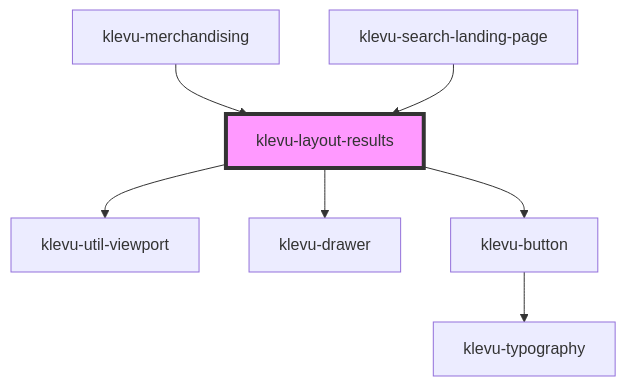
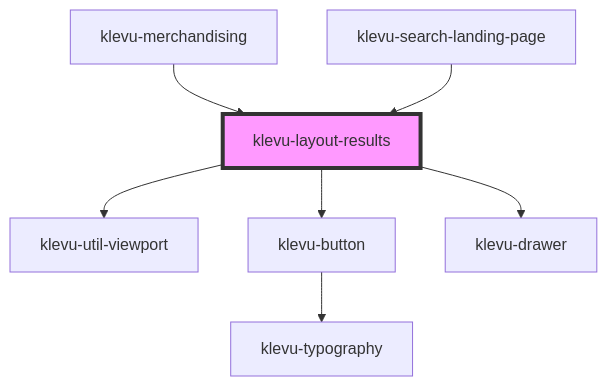
Before and after one commit to klevultd/frontend-sdk: the diagram in packages/klevu-ui/src/components/klevu-layout-results/readme.md, drawn with Mermaid. The commit also changed other lines of this file and 35 other files, not shown here.

````diff
--- a/packages/klevu-ui/src/components/klevu-layout-results/readme.md
+++ b/packages/klevu-ui/src/components/klevu-layout-results/readme.md
@@ -49,10 +56,10 @@
 ```mermaid
 graph TD;
   klevu-layout-results --> klevu-util-viewport
+  klevu-layout-results --> klevu-button
   klevu-layout-results --> klevu-drawer
-  klevu-layout-results --> klevu-button
   klevu-button --> klevu-typography
   klevu-merchandising --> klevu-layout-results
   klevu-search-landing-page --> klevu-layout-results
   style klevu-layout-results fill:#f9f,stroke:#333,stroke-width:4px
 ```
````
